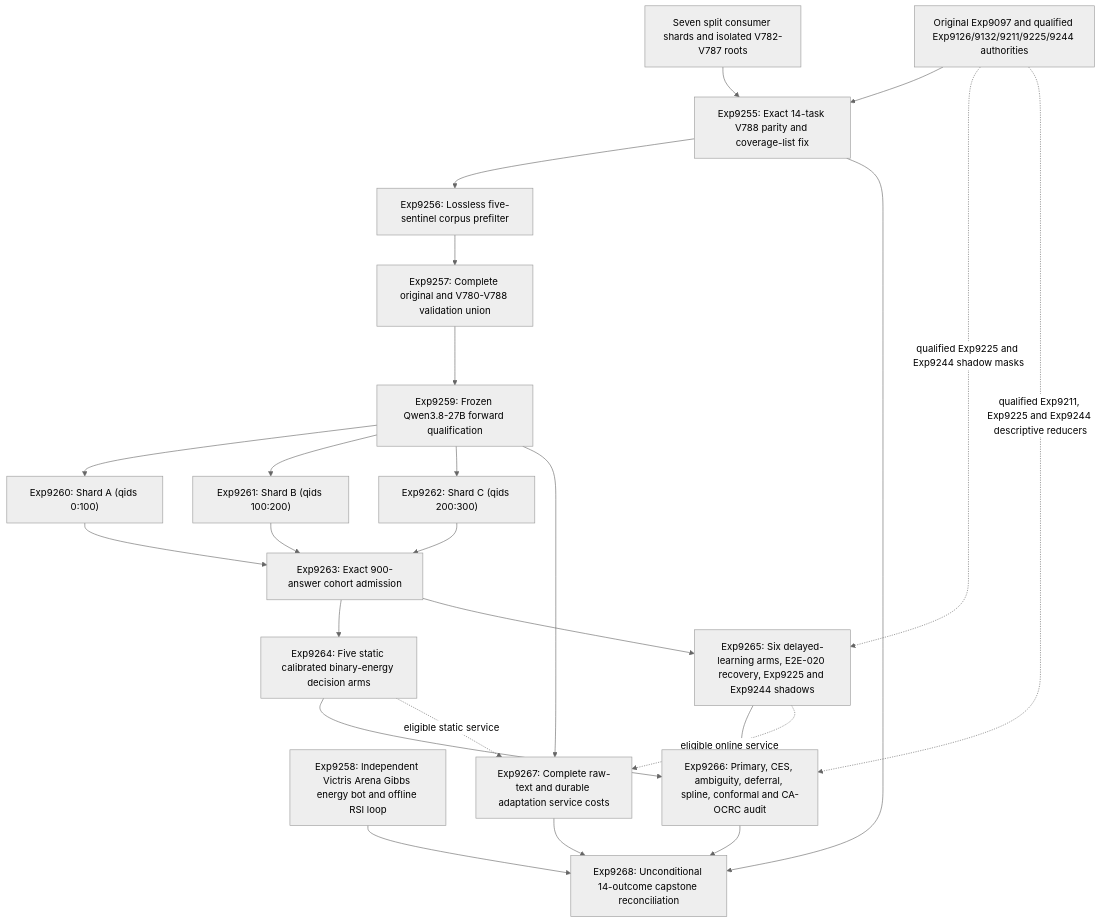
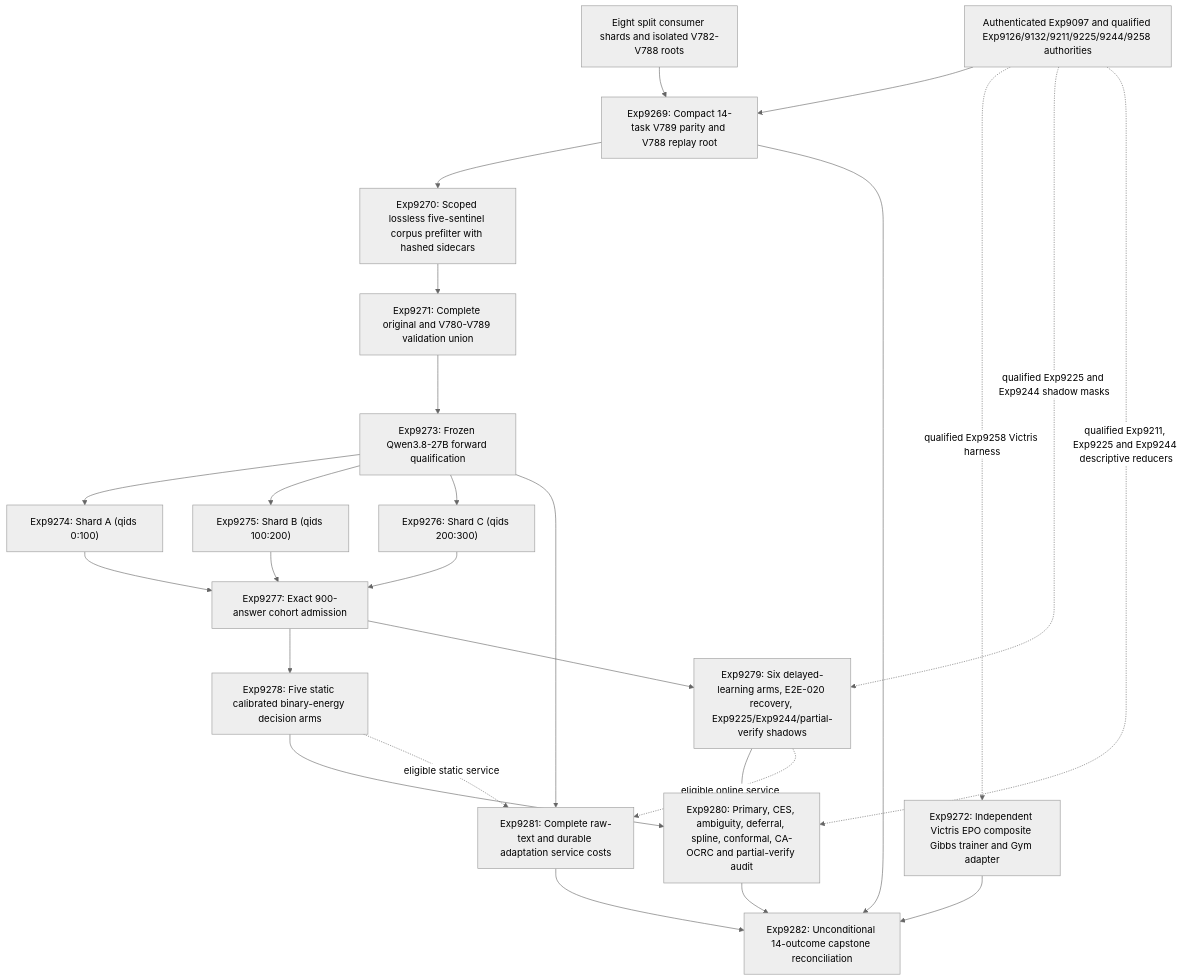
One commit to Carnot-EBM/carnot-ebm changed the diagram in openspec/change-proposals/research-roadmap-vNEXT.md. Above: the diagram before and after it, drawn with Mermaid (neutral theme). The commit also changed other lines of this file and 15 other files, not shown here.

````diff
--- a/openspec/change-proposals/research-roadmap-vNEXT.md
+++ b/openspec/change-proposals/research-roadmap-vNEXT.md
@@ -101,35 +113,36 @@
 ```mermaid
 flowchart TD
-  O["Original Exp9097 and qualified Exp9126/9132/9211/9225/9244 authorities"]
-  R["Seven split consumer shards and isolated V782-V787 roots"]
-  C["Exp9255: Exact 14-task V788 parity and coverage-list fix"]
-  P["Exp9256: Lossless five-sentinel corpus prefilter"]
-  V["Exp9257: Complete original and V780-V788 validation union"]
-  U["Exp9258: Independent Victris Arena Gibbs energy bot and offline RSI loop"]
-  Q["Exp9259: Frozen Qwen3.8-27B forward qualification"]
-  A["Exp9260: Shard A (qids 0:100)"]
-  B["Exp9261: Shard B (qids 100:200)"]
-  D["Exp9262: Shard C (qids 200:300)"]
-  J["Exp9263: Exact 900-answer cohort admission"]
-  S["Exp9264: Five static calibrated binary-energy decision arms"]
-  L["Exp9265: Six delayed-learning arms, E2E-020 recovery, Exp9225 and Exp9244 shadows"]
-  E["Exp9266: Primary, CES, ambiguity, deferral, spline, conformal and CA-OCRC audit"]
-  K["Exp9267: Complete raw-text and durable adaptation service costs"]
-  Z["Exp9268: Unconditional 14-outcome capstone reconciliation"]
+  O["Authenticated Exp9097 and qualified Exp9126/9132/9211/9225/9244/9258 authorities"]
+  R["Eight split consumer shards and isolated V782-V788 roots"]
+  C["Exp9269: Compact 14-task V789 parity and V788 replay root"]
+  P["Exp9270: Scoped lossless five-sentinel corpus prefilter with hashed sidecars"]
+  V["Exp9271: Complete original and V780-V789 validation union"]
+  U["Exp9272: Independent Victris EPO composite Gibbs trainer and Gym adapter"]
+  Q["Exp9273: Frozen Qwen3.8-27B forward qualification"]
+  A["Exp9274: Shard A (qids 0:100)"]
+  B["Exp9275: Shard B (qids 100:200)"]
+  D["Exp9276: Shard C (qids 200:300)"]
+  J["Exp9277: Exact 900-answer cohort admission"]
+  S["Exp9278: Five static calibrated binary-energy decision arms"]
+  L["Exp9279: Six delayed-learning arms, E2E-020 recovery, Exp9225/Exp9244/partial-verify shadows"]
+  E["Exp9280: Primary, CES, ambiguity, deferral, spline, conformal, CA-OCRC and partial-verify audit"]
+  K["Exp9281: Complete raw-text and durable adaptation service costs"]
+  Z["Exp9282: Unconditional 14-outcome capstone reconciliation"]
   R --> C --> P --> V --> Q
   O --> C
+  O -. "qualified Exp9258 Victris harness" .-> U
   Q --> A --> J
   Q --> B --> J
   Q --> D --> J
   J --> S --> E
   J --> L --> E
   O -. "qualified Exp9225 and Exp9244 shadow masks" .-> L
   O -. "qualified Exp9211, Exp9225 and Exp9244 descriptive reducers" .-> E
   Q --> K
   S -. "eligible static service" .-> K
   L -. "eligible online service" .-> K
   E --> Z
   K --> Z
   U --> Z
   C --> Z
 ```
````
